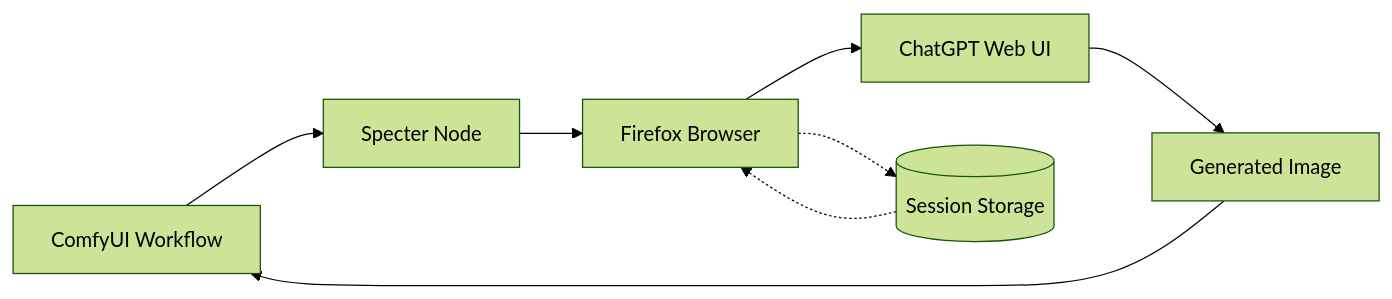
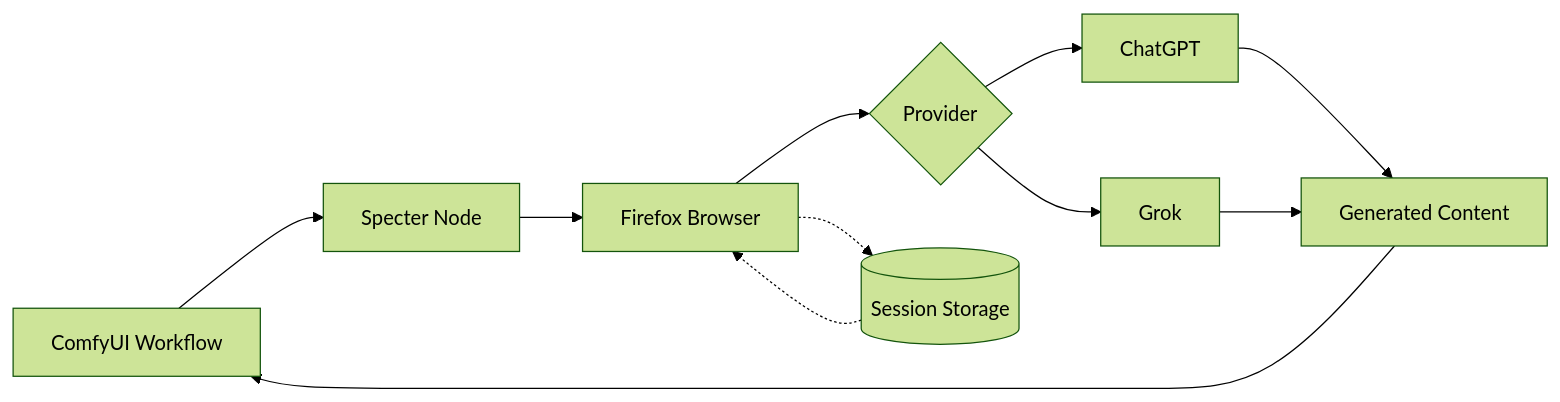
Before and after one commit to lars-hagen/ComfyUI-Specter: the diagram in README.md, drawn with Mermaid (forest theme). The commit also changed other lines of this file and 16 other files, not shown here.

Commit message:
feat: add grok t2i provider and update docs for multi-provider support

````diff
--- a/README.md
+++ b/README.md
@@ -17,11 +17,14 @@
 ```mermaid
 flowchart LR
     A[ComfyUI Workflow] --> B[Specter Node]
     B --> C[Firefox Browser]
-    C --> D[ChatGPT Web UI]
-    D --> E[Generated Image]
-    E --> A
+    C --> D{Provider}
+    D --> E[ChatGPT]
+    D --> F[Grok]
+    E --> G[Generated Content]
+    F --> G
+    G --> A
 
-    C -.-> F[(Session Storage)]
-    F -.-> C
+    C -.-> H[(Session Storage)]
+    H -.-> C
 ```
````
